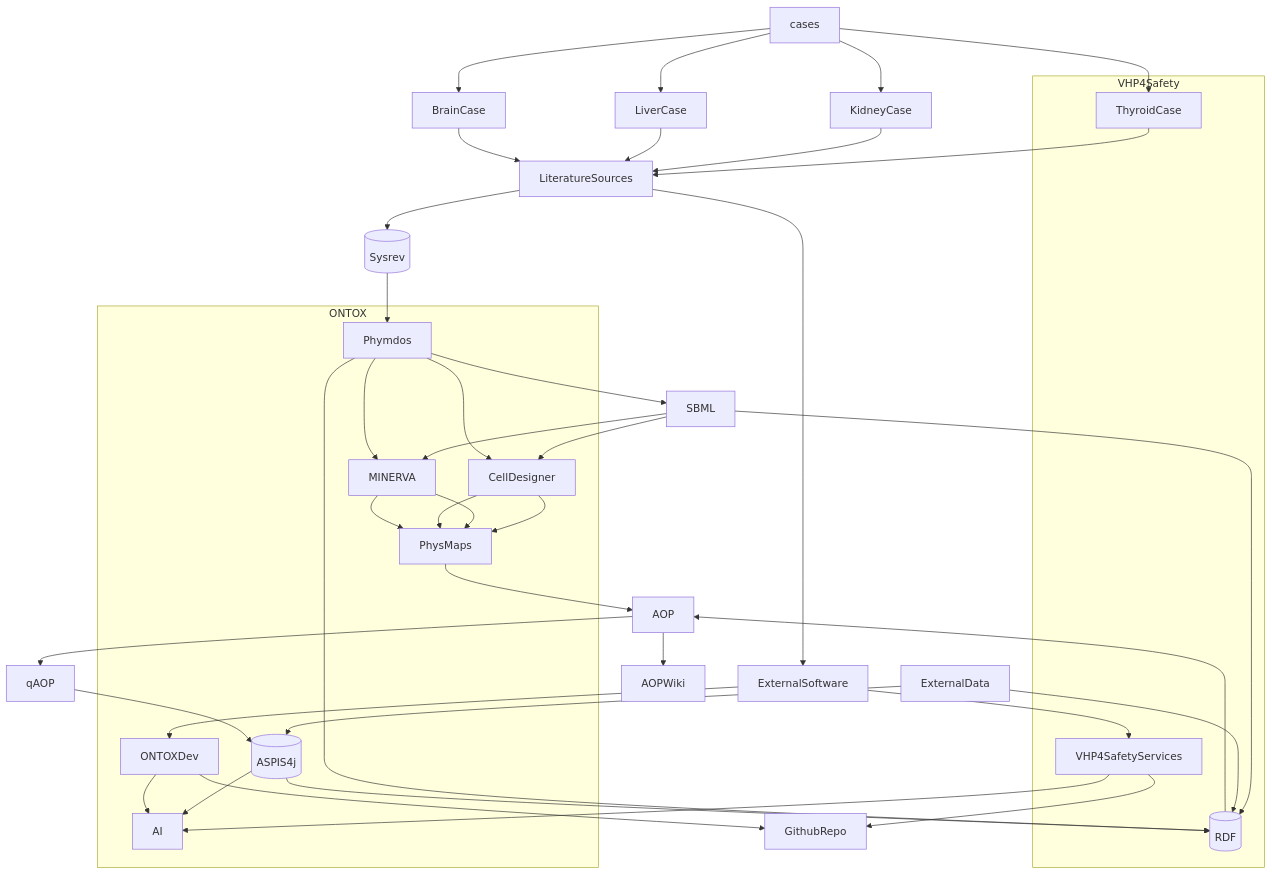
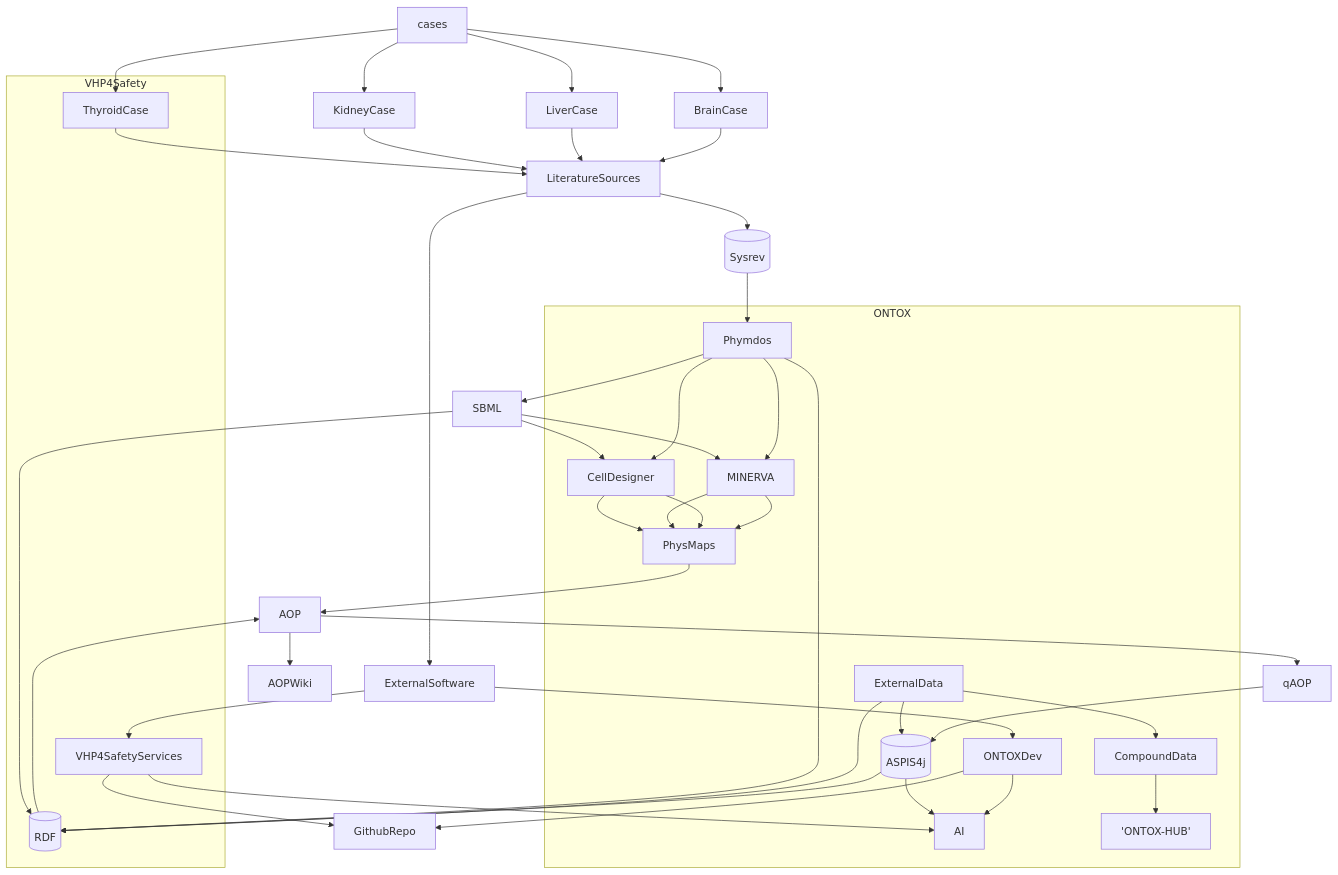
The diagram in ONTOX-vs-VHP4Safety.md (ontox-hu/workflows), drawn with Mermaid before and after one commit.

````diff
--- a/ONTOX-vs-VHP4Safety.md
+++ b/ONTOX-vs-VHP4Safety.md
@@ -1,64 +1,65 @@
 ```mermaid
 flowchart TB
 
     cases-->KidneyCase
     cases-->LiverCase
     cases-->BrainCase
     cases-->ThyroidCase
     
     KidneyCase-->LiteratureSources
     LiverCase-->LiteratureSources
     BrainCase-->LiteratureSources
     ThyroidCase-->LiteratureSources
     LiteratureSources-->Sysrev[(Sysrev)]
     Sysrev[(Sysrev)]-->Phymdos
     Phymdos-->SBML
     SBML-->CellDesigner
     SBML-->MINERVA
     SBML-->RDF[(RDF)]
     CellDesigner-->PhysMaps
     MINERVA-->PhysMaps
     PhysMaps-->AOP
     VHP4SafetyServices-->GithubRepo
     ONTOXDev-->GithubRepo
     
  %%%%%%%%%%%%%%%%%%%%%%%%%%%%%%%
  
     subgraph ONTOX
     
     ONTOXDev
     Phymdos-->MINERVA
     Phymdos-->CellDesigner
     CellDesigner-->PhysMaps
     MINERVA-->PhysMaps
     ASPIS4j[(ASPIS4j)]-->AI
-    
+    ExternalData-->CompoundData
+    CompoundData-->'ONTOX-HUB'
     end
  
  %%%%%%%%%%%%%%%%%%%%%%%%%%%%%%%%
  
     subgraph VHP4Safety
     
     ThyroidCase 
     Phymdos-->RDF[(RDF)]
     VHP4SafetyServices
     VHP4SafetyServices-->AI
     ONTOXDev-->AI
 
     end
     
  %%%%%%%%%%%%%%%%%%%%%%%%%%%%%%%%%%
  
     RDF[(RDF)]-->AOP
     AOP-->AOPWiki
     AOP-->qAOP
     LiteratureSources-->ExternalSoftware
     ExternalSoftware-->VHP4SafetyServices
     ExternalSoftware-->ONTOXDev
     ExternalData-->ASPIS4j[(ASPIS4j)]
     qAOP-->ASPIS4j[(ASPIS4j)]
     ASPIS4j[(ASPIS4j)]-->RDF[(RDF)]
     ExternalData-->RDF[(RDF)]
     
     
 ```
````
